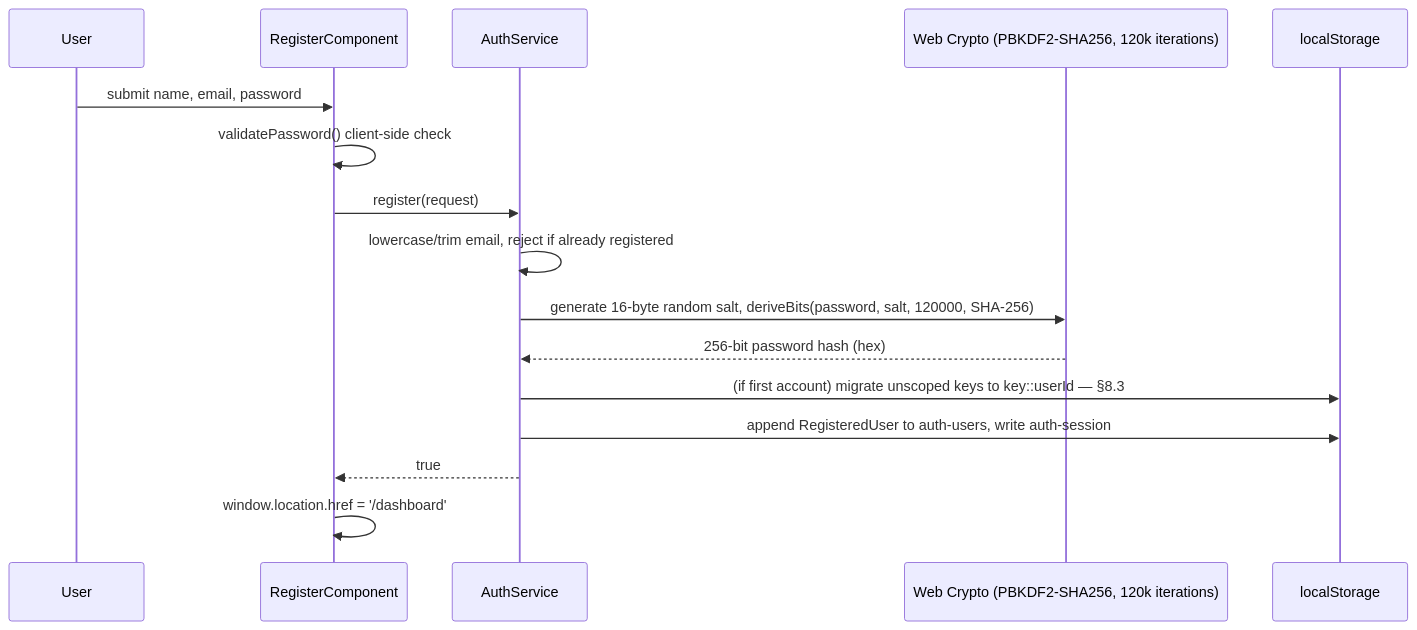
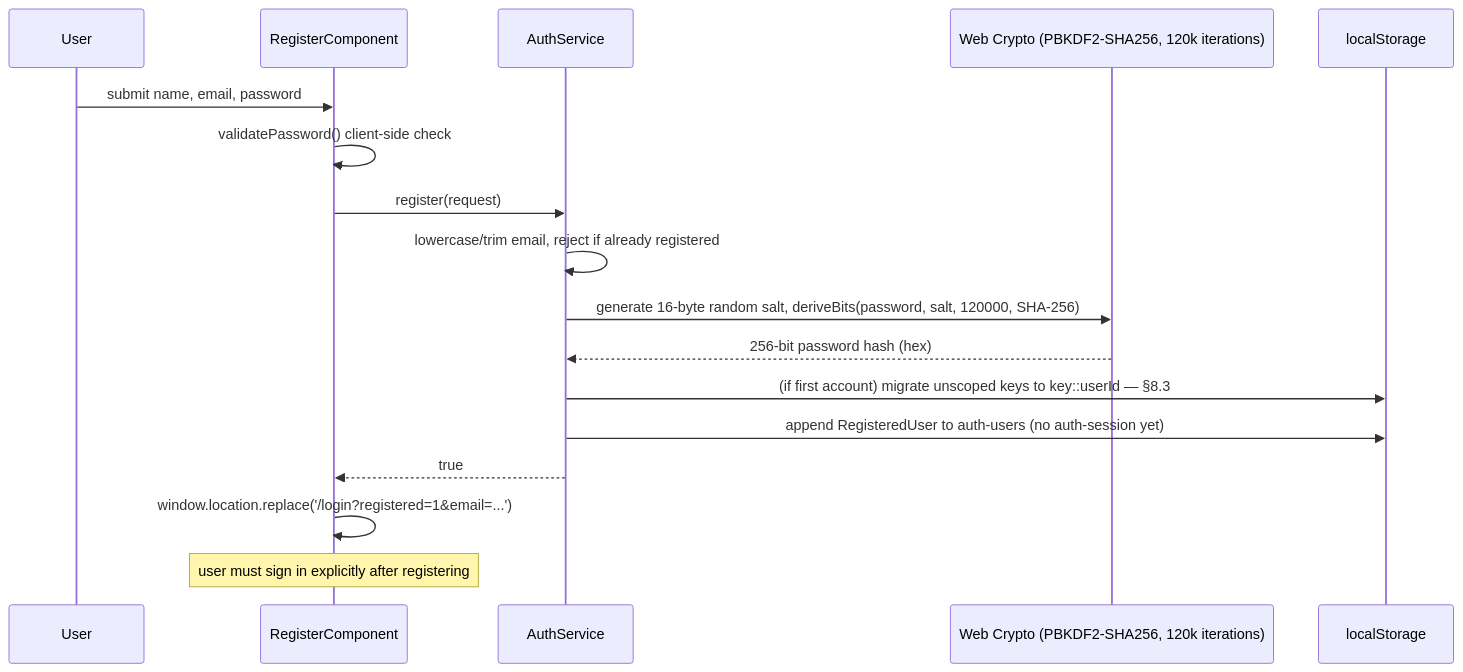
The eighth of 21 diagrams in docs/LLD.md (RoshanMali1205/skill-hunter), drawn with Mermaid before and after one commit. The commit also changed other lines of this file and 5 other files, not shown here.

First line of the commit message:
Send users to login after register instead of auto sign-in

````diff
--- a/docs/LLD.md
+++ b/docs/LLD.md
@@ -555,19 +555,20 @@
 ```mermaid
 sequenceDiagram
     participant U as User
     participant P as RegisterComponent
     participant A as AuthService
     participant W as Web Crypto (PBKDF2-SHA256, 120k iterations)
     participant L as localStorage
 
     U->>P: submit name, email, password
     P->>P: validatePassword() client-side check
     P->>A: register(request)
     A->>A: lowercase/trim email, reject if already registered
     A->>W: generate 16-byte random salt, deriveBits(password, salt, 120000, SHA-256)
     W-->>A: 256-bit password hash (hex)
     A->>L: (if first account) migrate unscoped keys to key::userId — §8.3
-    A->>L: append RegisteredUser to auth-users, write auth-session
+    A->>L: append RegisteredUser to auth-users (no auth-session yet)
     A-->>P: true
-    P->>P: window.location.href = '/dashboard'
+    P->>P: window.location.replace('/login?registered=1&email=...')
+    Note over P: user must sign in explicitly after registering
 ```
````
